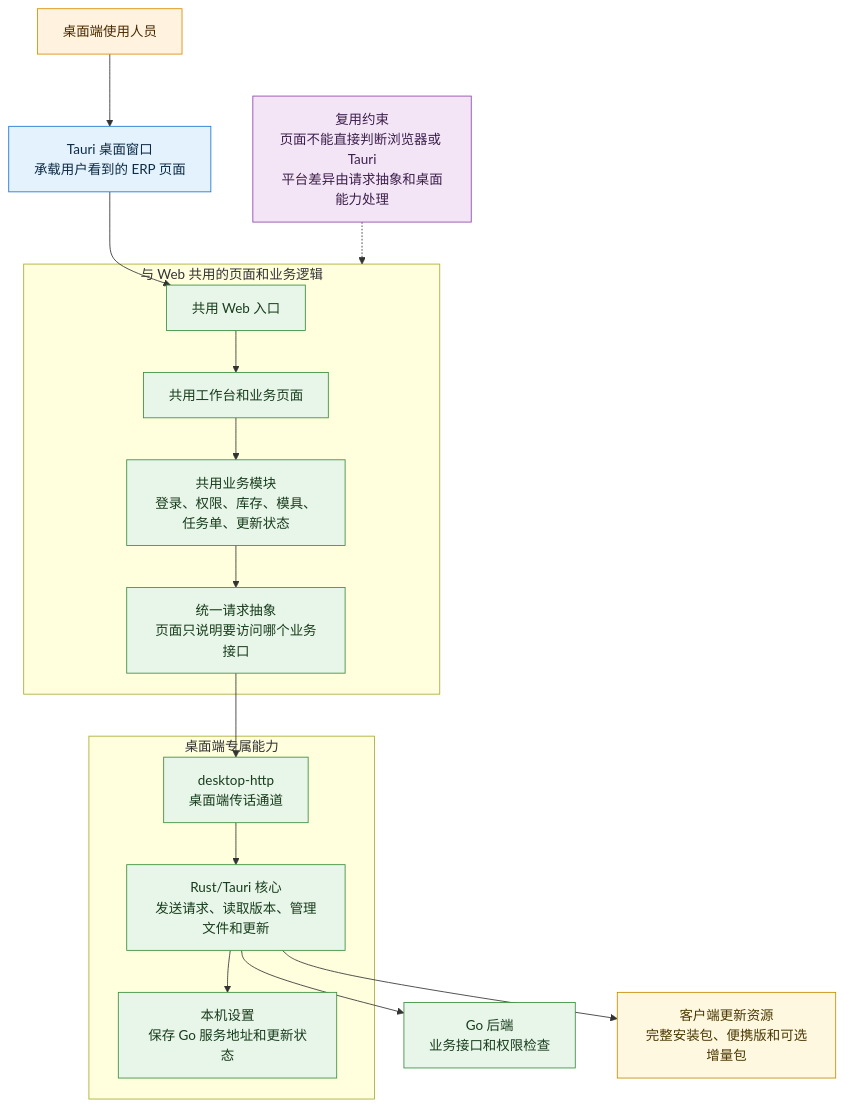
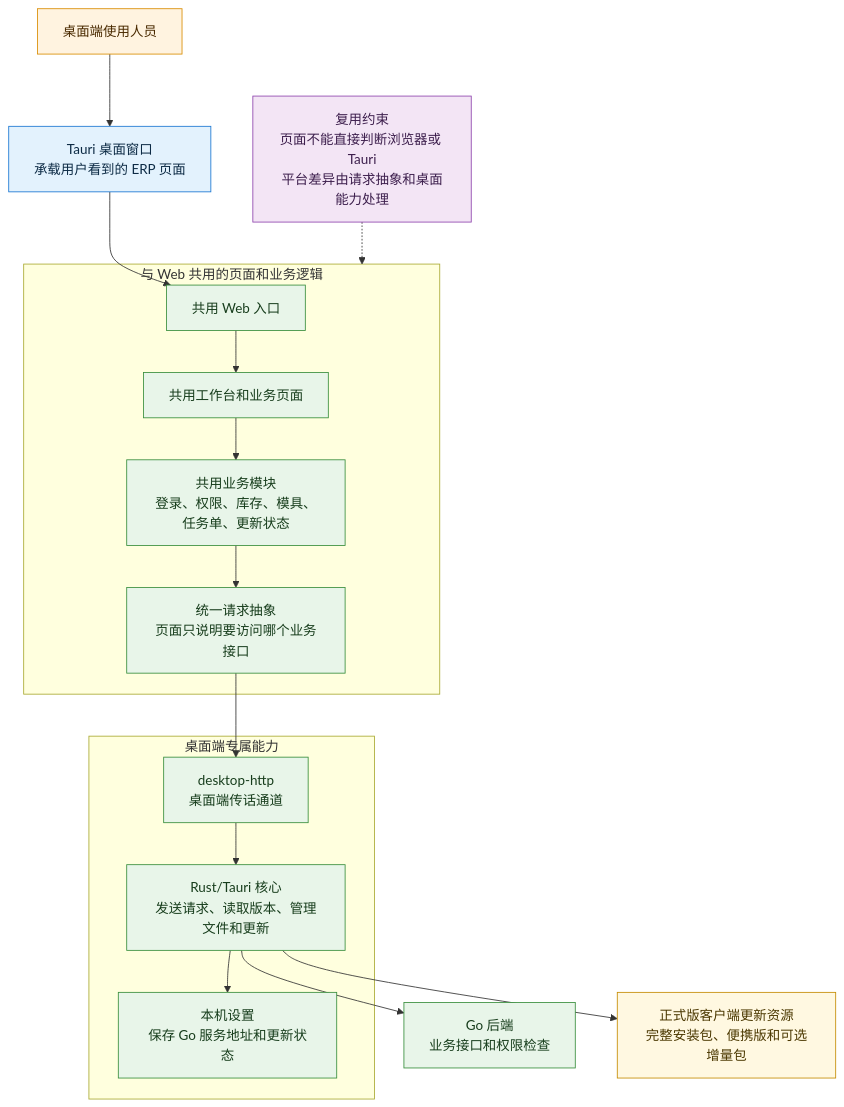
One commit to SilenceJR/bb_erp_echo changed the second of 7 diagrams in docs/WEB_CLIENT_ARCHITECTURE.md. Above: the diagram before and after it, drawn with Mermaid. The commit also changed other lines of this file and 9 other files, not shown here.

```diff
--- a/docs/WEB_CLIENT_ARCHITECTURE.md
+++ b/docs/WEB_CLIENT_ARCHITECTURE.md
@@ -70,41 +70,41 @@
 ~~~mermaid
 flowchart TB
     user["桌面端使用人员"]:::user
     window["Tauri 桌面窗口<br/>承载用户看到的 ERP 页面"]:::entry
 
     subgraph shared["与 Web 共用的页面和业务逻辑"]
         main["共用 Web 入口"]:::done
         workspace["共用工作台和业务页面"]:::done
         composables["共用业务模块<br/>登录、权限、库存、模具、任务单、更新状态"]:::done
         transport["统一请求抽象<br/>页面只说明要访问哪个业务接口"]:::done
     end
 
     subgraph desktop["桌面端专属能力"]
         bridge["desktop-http<br/>桌面端传话通道"]:::done
         rust["Rust/Tauri 核心<br/>发送请求、读取版本、管理文件和更新"]:::done
         local["本机设置<br/>保存 Go 服务地址和更新状态"]:::done
     end
 
     server["Go 后端<br/>业务接口和权限检查"]:::done
-    packages["客户端更新资源<br/>完整安装包、便携版和可选增量包"]:::pending
+    packages["正式版客户端更新资源<br/>完整安装包、便携版和可选增量包"]:::pending
 
     user --> window
     window --> main
     main --> workspace
     workspace --> composables
     composables --> transport
     transport --> bridge
     bridge --> rust
     rust --> server
     rust --> local
     rust --> packages
 
     boundary["复用约束<br/>页面不能直接判断浏览器或 Tauri<br/>平台差异由请求抽象和桌面能力处理"]:::boundary
     boundary -.-> shared
 
     classDef user fill:#fff3e0,stroke:#d98c00,color:#4a2a00
     classDef entry fill:#e3f2fd,stroke:#1976d2,color:#0d2b45
     classDef done fill:#e8f5e9,stroke:#388e3c,color:#173d1c
     classDef pending fill:#fff8e1,stroke:#c58b00,color:#4b3800
     classDef boundary fill:#f3e5f5,stroke:#8e44ad,color:#3d1f4d
 ~~~
```
